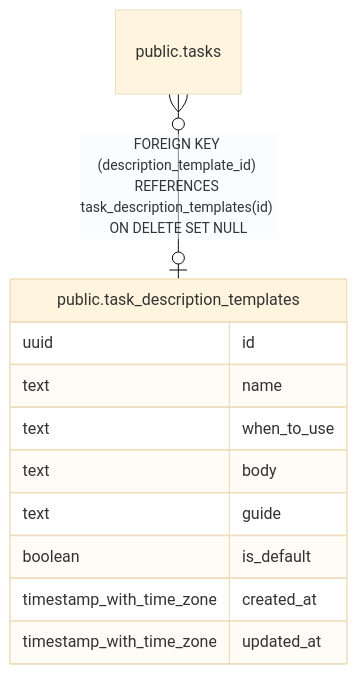
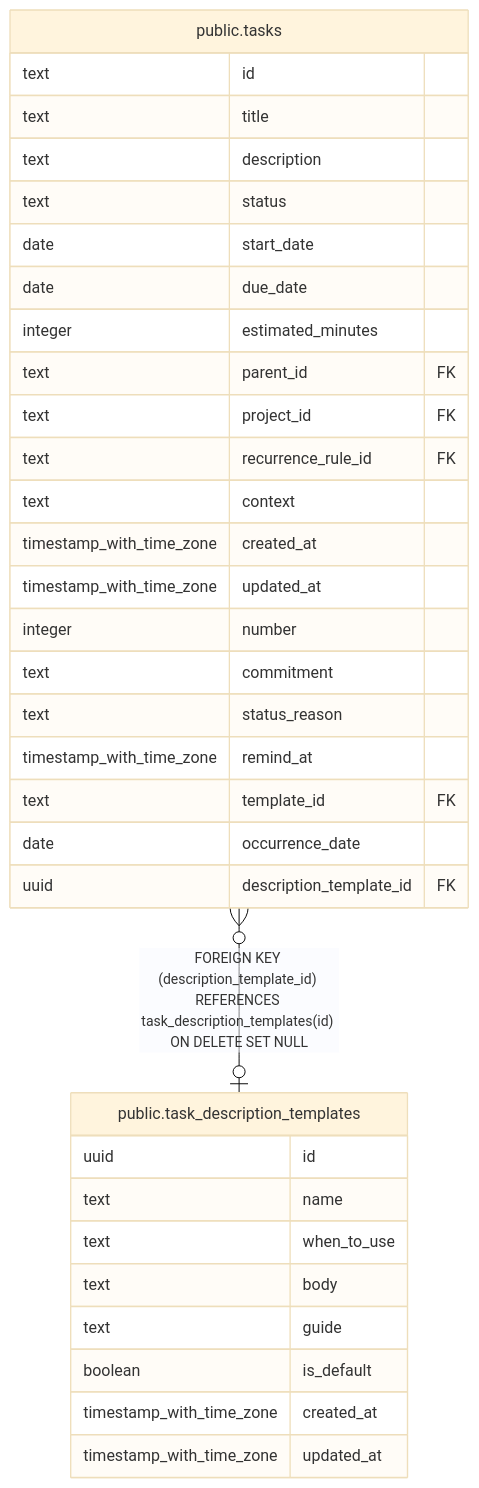
Before and after one commit to fohte/tq: the diagram in api/docs/db/public.task_description_templates.md, drawn with Mermaid (base theme). The commit also changed 16 other files, not shown here.

````diff
--- a/api/docs/db/public.task_description_templates.md
+++ b/api/docs/db/public.task_description_templates.md
@@ -45,16 +45,38 @@
 ```mermaid
 erDiagram
 
 "public.tasks" }o--o| "public.task_description_templates" : "FOREIGN KEY (description_template_id) REFERENCES task_description_templates(id) ON DELETE SET NULL"
 
 "public.task_description_templates" {
   uuid id
   text name
   text when_to_use
   text body
   text guide
   boolean is_default
   timestamp_with_time_zone created_at
   timestamp_with_time_zone updated_at
 }
+"public.tasks" {
+  text id
+  text title
+  text description
+  text status
+  date start_date
+  date due_date
+  integer estimated_minutes
+  text parent_id FK
+  text project_id FK
+  text recurrence_rule_id FK
+  text context
+  timestamp_with_time_zone created_at
+  timestamp_with_time_zone updated_at
+  integer number
+  text commitment
+  text status_reason
+  timestamp_with_time_zone remind_at
+  text template_id FK
+  date occurrence_date
+  uuid description_template_id FK
+}
 ```
````
